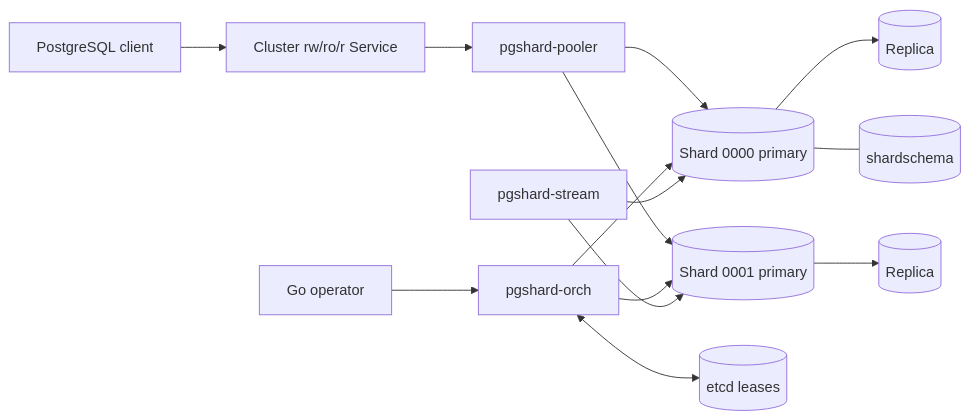
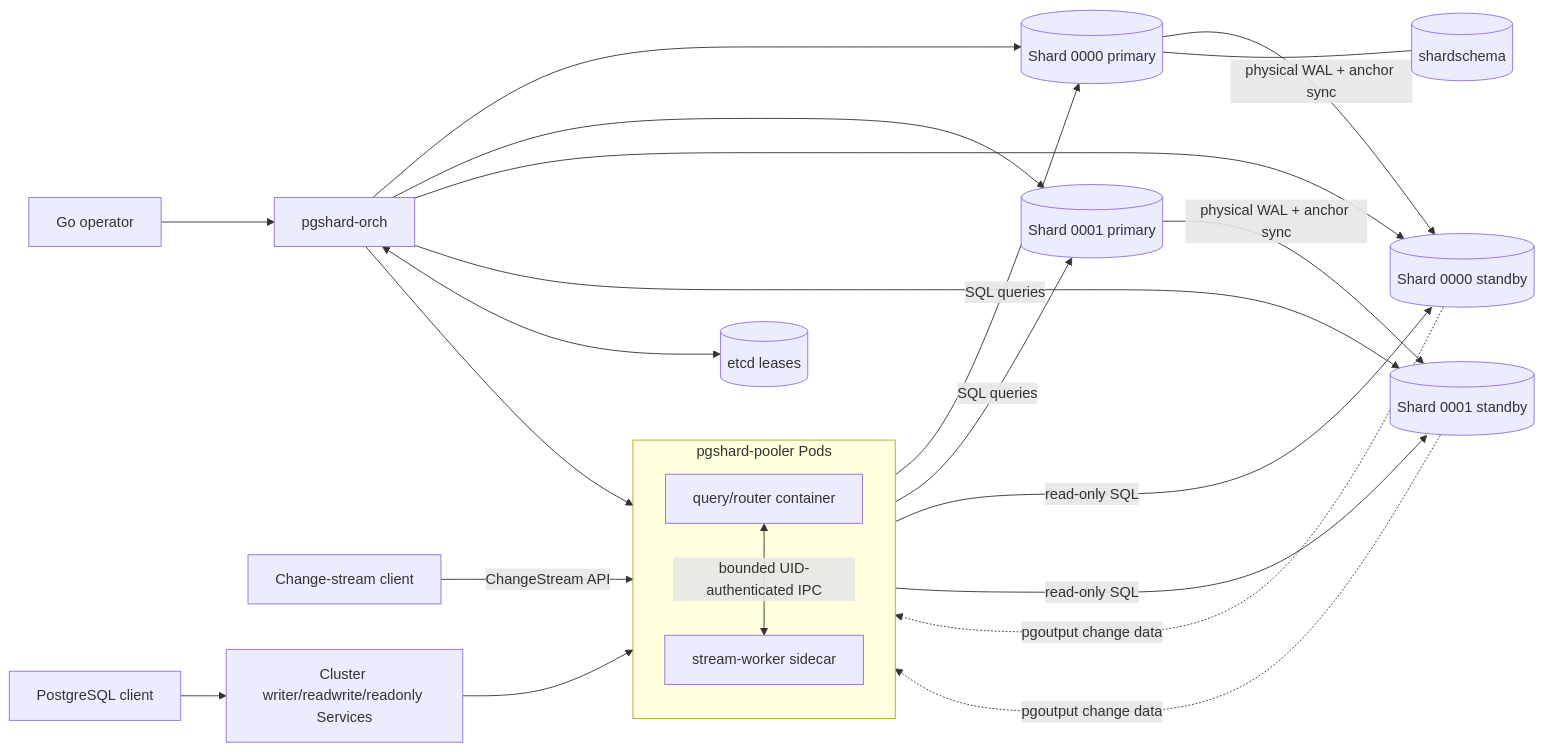
One commit to andrew01234567890/pgshard changed the diagram in website/docs/concepts/architecture.md. Above: the diagram before and after it, drawn with Mermaid. The commit also changed other lines of this file and 9 other files, not shown here.

First line of the commit message:
docs(architecture): embed streams in pooler (#65)

````diff
--- a/website/docs/concepts/architecture.md
+++ b/website/docs/concepts/architecture.md
@@ -19,16 +20,28 @@
 ```mermaid
 flowchart LR
-  app[PostgreSQL client] --> svc[Cluster rw/ro/r Service]
-  svc --> pool[pgshard-pooler]
-  pool --> p0[(Shard 0000 primary)]
-  pool --> p1[(Shard 0001 primary)]
-  p0 --> r00[(Replica)]
-  p1 --> r10[(Replica)]
+  app[PostgreSQL client] --> svc[Cluster writer/readwrite/readonly Services]
+  subgraph pool[pgshard-pooler Pods]
+    direction TB
+    query[query/router container]
+    stream[stream-worker sidecar]
+    query <-->|bounded UID-authenticated IPC| stream
+  end
+  svc --> query
+  cdc[Change-stream client] -->|ChangeStream API| stream
+  query -->|SQL queries| p0[(Shard 0000 primary)]
+  query -->|SQL queries| p1[(Shard 0001 primary)]
+  p0 -->|physical WAL + anchor sync| r00[(Shard 0000 standby)]
+  p1 -->|physical WAL + anchor sync| r10[(Shard 0001 standby)]
+  query -->|read-only SQL| r00
+  query -->|read-only SQL| r10
+  r00 -.->|pgoutput change data| stream
+  r10 -.->|pgoutput change data| stream
   p0 --- schema[(shardschema)]
   orch[pgshard-orch] --> p0
   orch --> p1
+  orch --> r00
+  orch --> r10
+  orch --> stream
   orch <--> etcd[(etcd leases)]
   operator[Go operator] --> orch
-  stream[pgshard-stream] --> p0
-  stream --> p1
 ```
````
